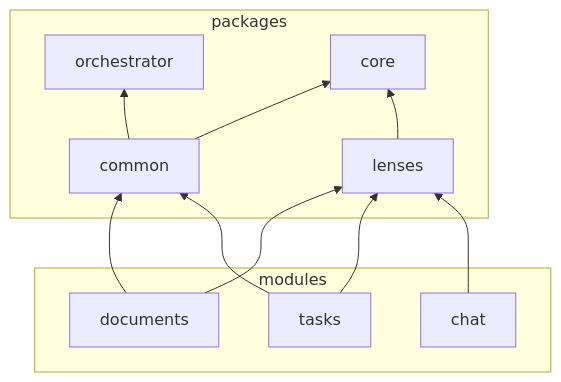
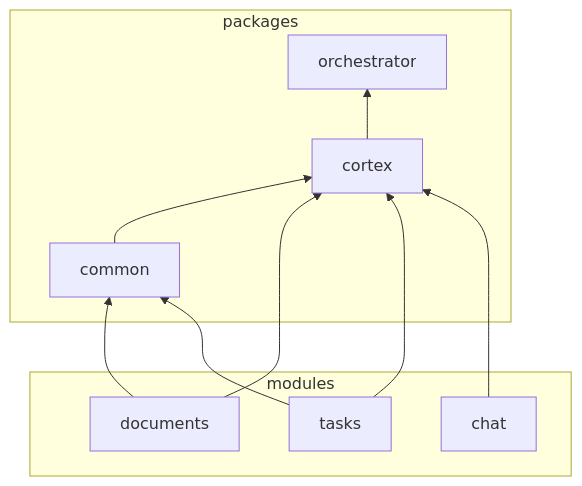
The first of 2 diagrams in Modules.md (uprtcl/js-uprtcl), drawn with Mermaid before and after one commit. The commit also changed 24 other files, not shown here.

````diff
--- a/Modules.md
+++ b/Modules.md
@@ -3,15 +3,14 @@
 ```mermaid
 graph BT
   subgraph packages
-  common-->orchestrator
-  common-->core
-  lenses-->core
+  cortex-->orchestrator
+  common-->cortex
   end
   subgraph modules
   documents-->common
-  documents-->lenses
+  documents-->cortex
   tasks-->common
-  tasks-->lenses
-  chat-->lenses
+  tasks-->cortex
+  chat-->cortex
   end
 ```
````
